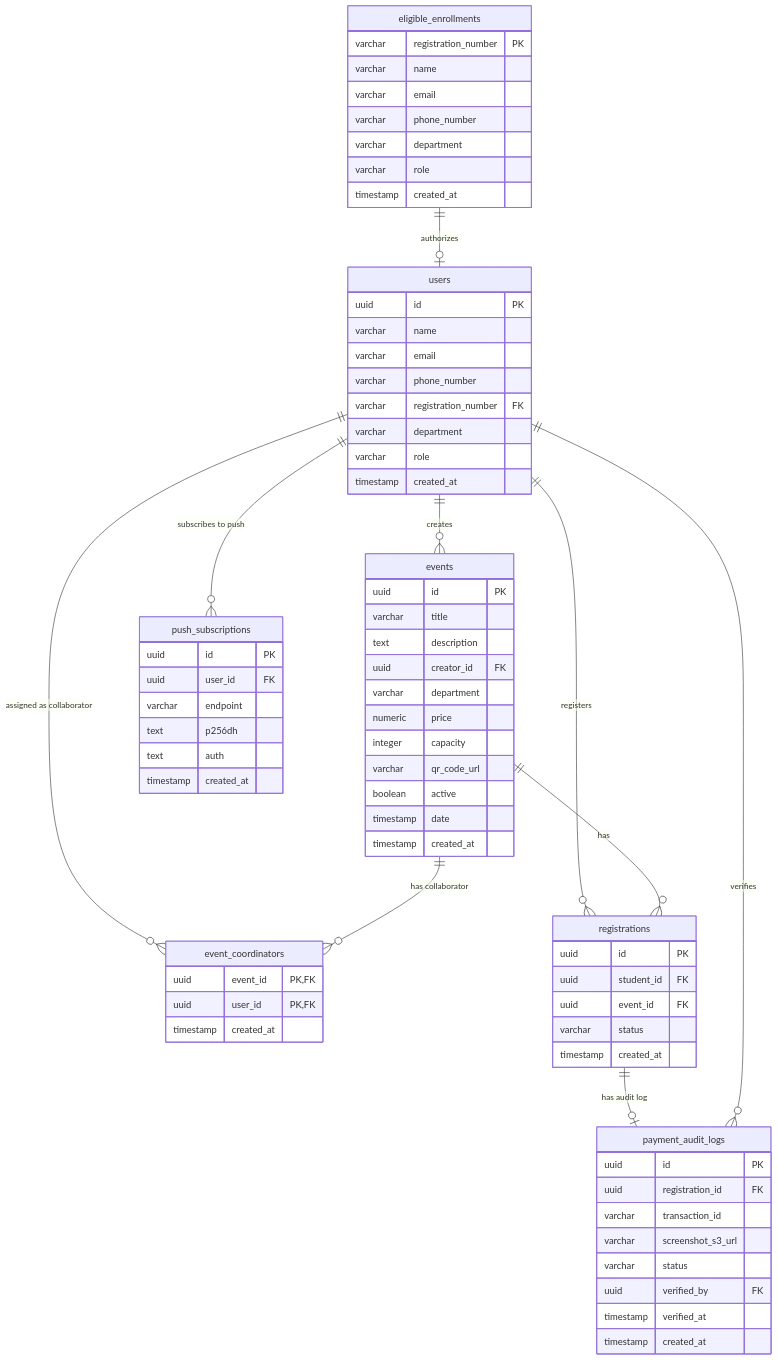
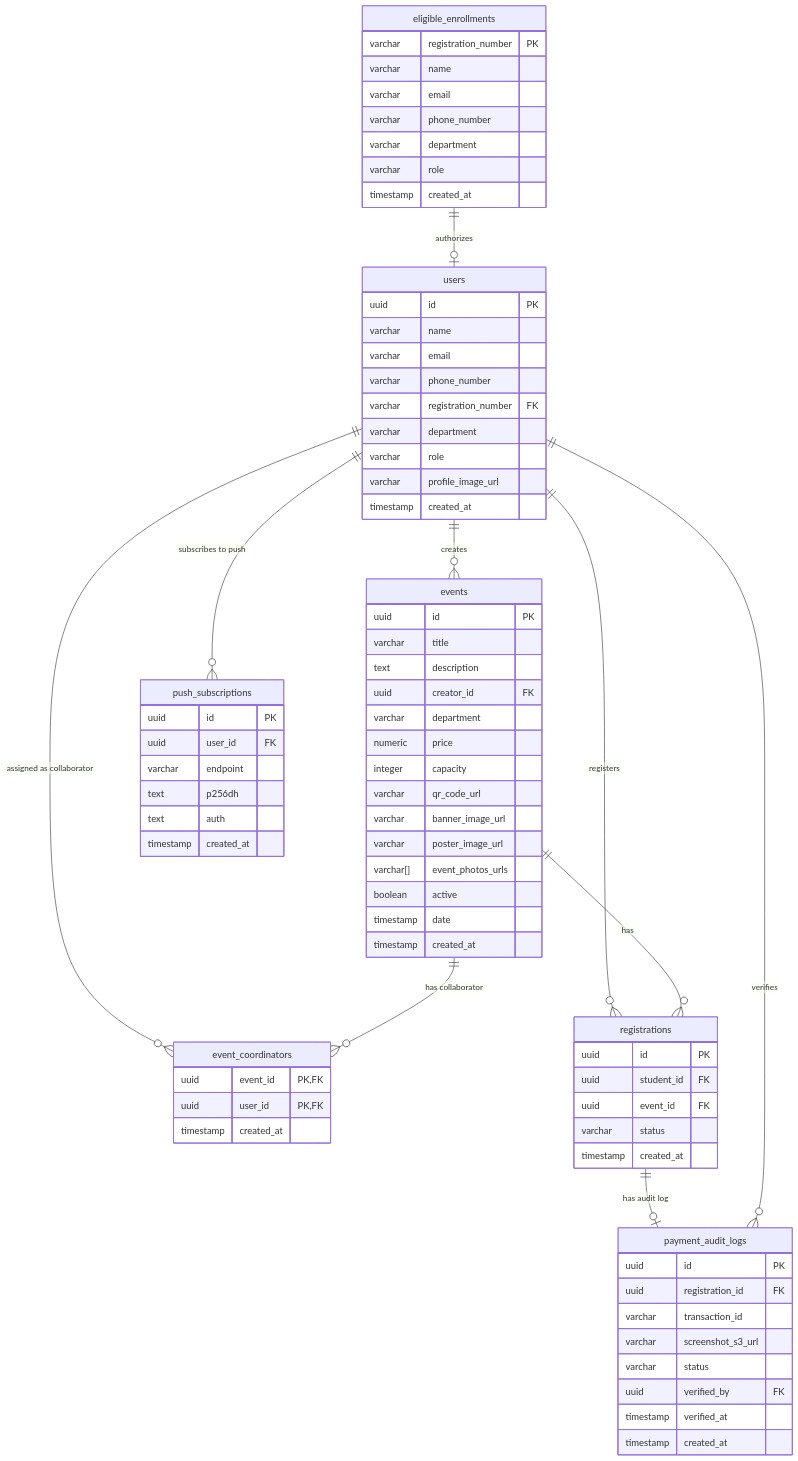
One commit to pec-developers/pec-events-app changed the diagram in docs/lld.md. Above: the diagram before and after it, drawn with Mermaid. The commit also changed other lines of this file and 108 other files, not shown here.

````diff
--- a/docs/lld.md
+++ b/docs/lld.md
@@ -7,75 +7,79 @@
 ```mermaid
 erDiagram
     eligible_enrollments {
         varchar registration_number PK
         varchar name
         varchar email
         varchar phone_number
         varchar department
         varchar role
         timestamp created_at
     }
     users {
         uuid id PK
         varchar name
         varchar email
         varchar phone_number
         varchar registration_number FK
         varchar department
         varchar role
+        varchar profile_image_url
         timestamp created_at
     }
     events {
         uuid id PK
         varchar title
         text description
         uuid creator_id FK
         varchar department
         numeric price
         integer capacity
         varchar qr_code_url
+        varchar banner_image_url
+        varchar poster_image_url
+        varchar[] event_photos_urls
         boolean active
         timestamp date
         timestamp created_at
     }
     event_coordinators {
         uuid event_id PK, FK
         uuid user_id PK, FK
         timestamp created_at
     }
     registrations {
         uuid id PK
         uuid student_id FK
         uuid event_id FK
         varchar status
         timestamp created_at
     }
     payment_audit_logs {
         uuid id PK
         uuid registration_id FK
         varchar transaction_id
         varchar screenshot_s3_url
         varchar status
         uuid verified_by FK
         timestamp verified_at
         timestamp created_at
     }
     push_subscriptions {
         uuid id PK
         uuid user_id FK
         varchar endpoint
         text p256dh
         text auth
         timestamp created_at
     }
 
     eligible_enrollments ||--o| users : "authorizes"
     users ||--o{ events : "creates"
     users ||--o{ event_coordinators : "assigned as collaborator"
     events ||--o{ event_coordinators : "has collaborator"
     users ||--o{ registrations : "registers"
     events ||--o{ registrations : "has"
     registrations ||--o| payment_audit_logs : "has audit log"
     users ||--o{ payment_audit_logs : "verifies"
     users ||--o{ push_subscriptions : "subscribes to push"
 ```
````
